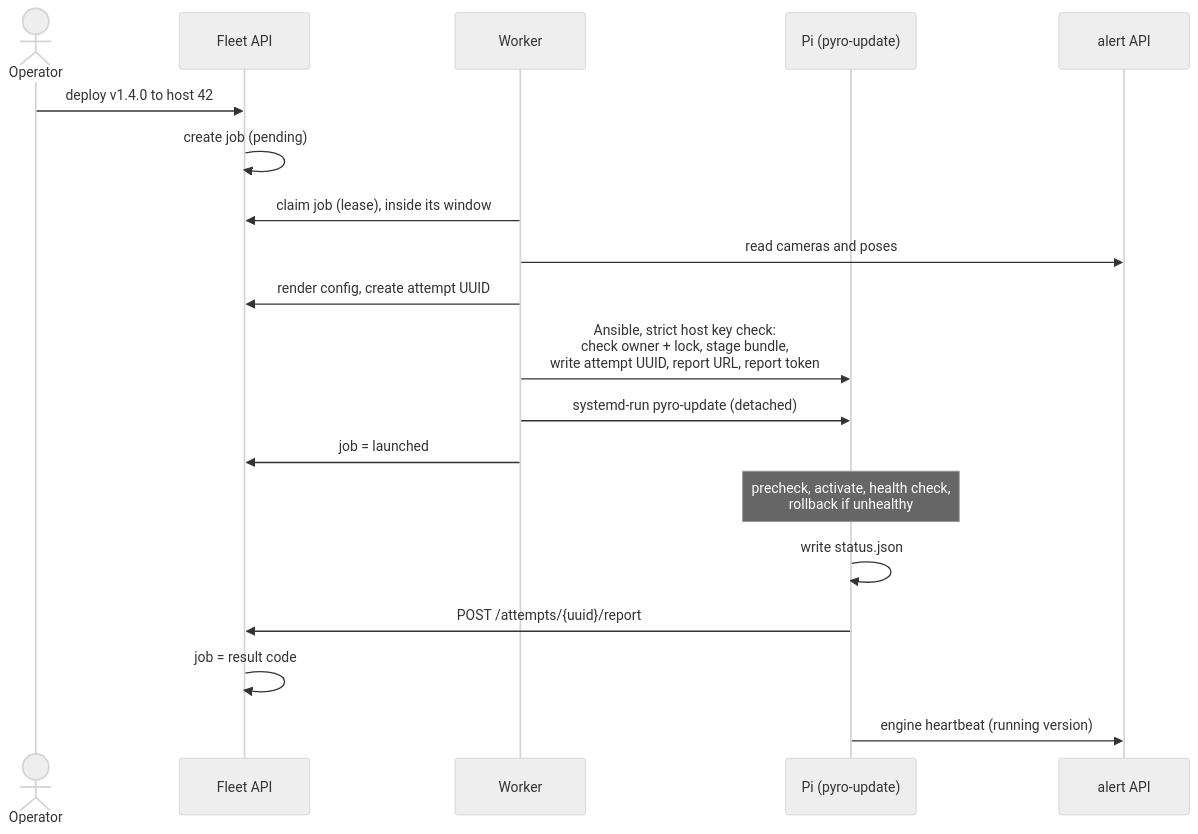
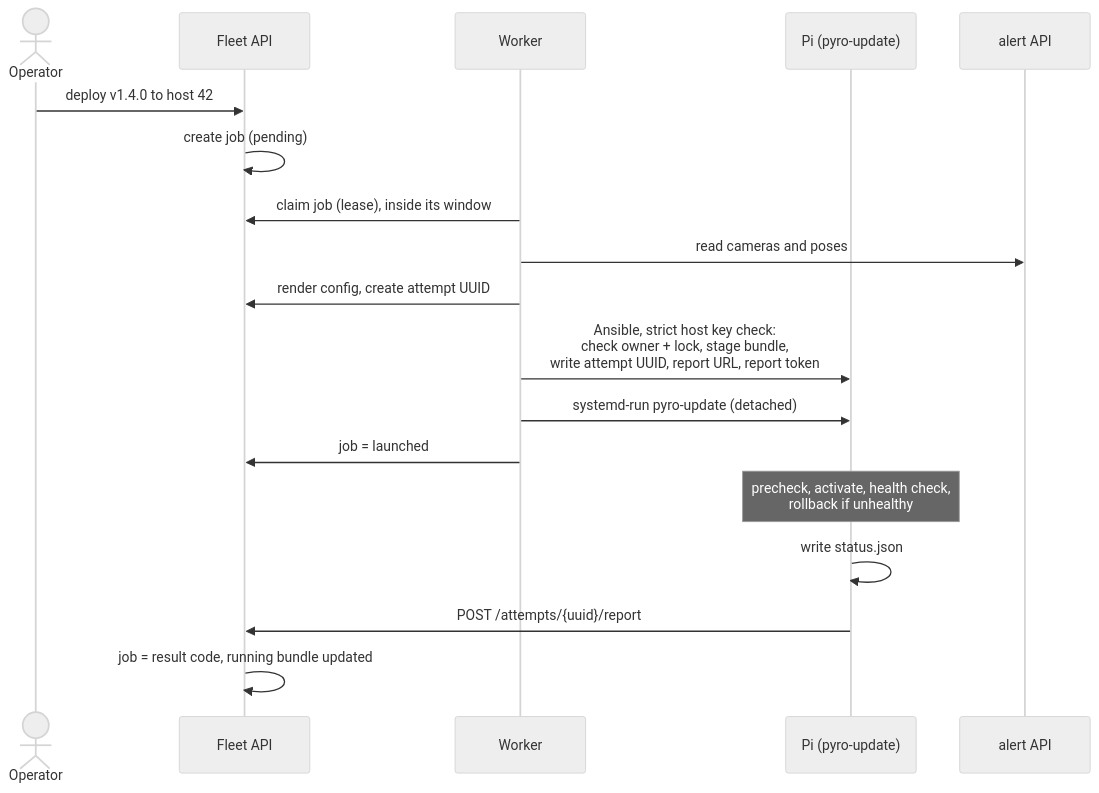
The fifth of 13 diagrams in docs/ADR/fleet-api.md (pyronear/pi-manager-template), drawn with Mermaid (neutral theme) before and after one commit. The commit also changed other lines of this file, not shown here.

First line of the commit message:
docs(adr): report the running version from pyro-update, not the heartbeat

````diff
--- a/docs/ADR/fleet-api.md
+++ b/docs/ADR/fleet-api.md
@@ -273,22 +277,21 @@
 ```mermaid
 sequenceDiagram
     actor Op as Operator
     participant F as Fleet API
     participant W as Worker
     participant Pi as Pi (pyro-update)
     participant A as alert API
 
     Op->>F: deploy v1.4.0 to host 42
     F->>F: create job (pending)
     W->>F: claim job (lease), inside its window
     W->>A: read cameras and poses
     W->>F: render config, create attempt UUID
     W->>Pi: Ansible, strict host key check:<br/>check owner + lock, stage bundle,<br/>write attempt UUID, report URL, report token
     W->>Pi: systemd-run pyro-update (detached)
     W->>F: job = launched
     Note over Pi: precheck, activate, health check,<br/>rollback if unhealthy
     Pi->>Pi: write status.json
     Pi->>F: POST /attempts/{uuid}/report
-    F->>F: job = result code
-    Pi->>A: engine heartbeat (running version)
+    F->>F: job = result code, running bundle updated
 ```
````
